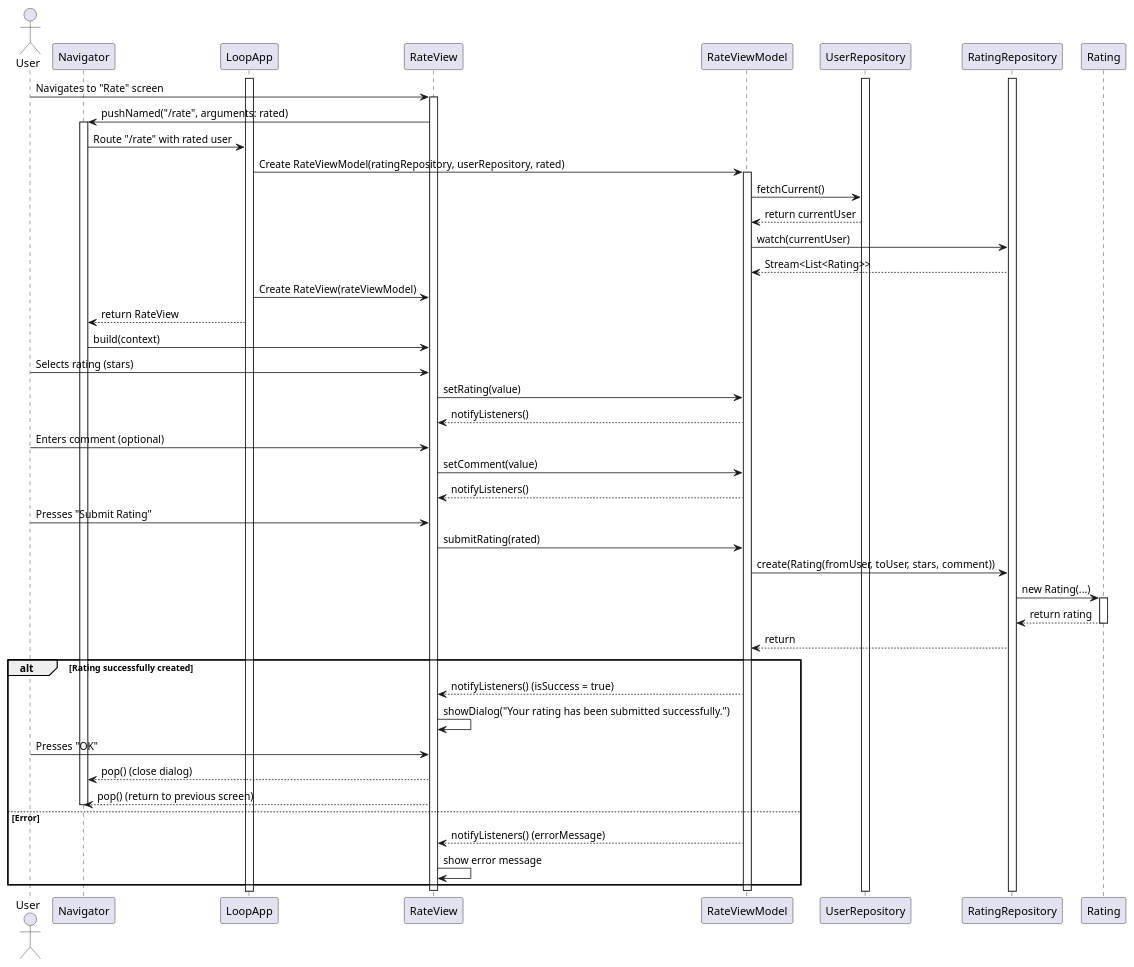
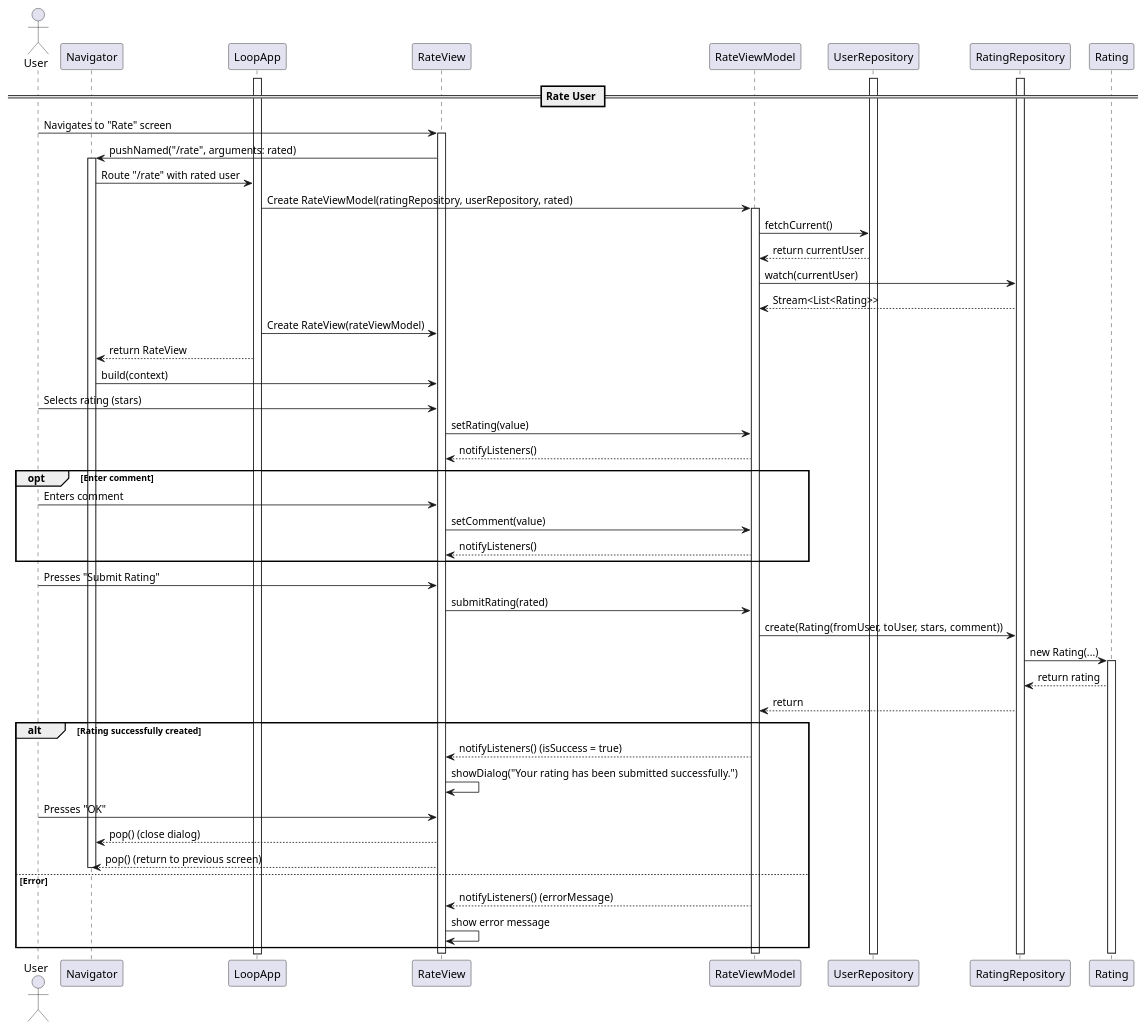
Before and after one commit to YannisRavasopoulos/ProjectSD_S6: the diagram in reports/sequence/rate-user.plantuml, drawn with PlantUML.

```diff
--- a/reports/sequence/rate-user.plantuml
+++ b/reports/sequence/rate-user.plantuml
@@ -1,79 +1,80 @@
 @startuml
 
 actor User
 
 participant Navigator
 participant LoopApp
 participant RateView
 participant RateViewModel
 participant UserRepository
 participant RatingRepository
 
+== Rate User ==
 
 activate LoopApp
 activate UserRepository
 activate RatingRepository
 User -> RateView: Navigates to "Rate" screen
 activate RateView
 
 
 RateView -> Navigator: pushNamed("/rate", arguments: rated)
 activate Navigator
 Navigator -> LoopApp: Route "/rate" with rated user
 
 LoopApp -> RateViewModel: Create RateViewModel(ratingRepository, userRepository, rated)
 activate RateViewModel
 RateViewModel -> UserRepository: fetchCurrent()
 
 UserRepository --> RateViewModel: return currentUser
 
 RateViewModel -> RatingRepository: watch(currentUser)
 
 RatingRepository --> RateViewModel: Stream<List<Rating>>
 
 LoopApp -> RateView: Create RateView(rateViewModel)
 
 LoopApp --> Navigator: return RateView
 
 Navigator -> RateView: build(context)
 
 
 User -> RateView: Selects rating (stars)
 
 RateView -> RateViewModel: setRating(value)
 
 RateViewModel --> RateView: notifyListeners()
 
 
-User -> RateView: Enters comment (optional)
+opt Enter comment
+User -> RateView: Enters comment
 RateView -> RateViewModel: setComment(value)
-
 RateViewModel --> RateView: notifyListeners()
-
+end
 
 User -> RateView: Presses "Submit Rating"
 RateView -> RateViewModel: submitRating(rated)
 RateViewModel -> RatingRepository: create(Rating(fromUser, toUser, stars, comment))
 
 RatingRepository -> Rating: new Rating(...)
 activate Rating
 Rating --> RatingRepository: return rating
-deactivate Rating
 RatingRepository --> RateViewModel: return
 
 
 alt Rating successfully created
     RateViewModel --> RateView: notifyListeners() (isSuccess = true)
     RateView -> RateView: showDialog("Your rating has been submitted successfully.")
     User -> RateView: Presses "OK"
     RateView --> Navigator: pop() (close dialog)
     RateView --> Navigator: pop() (return to previous screen)
     deactivate Navigator
 else Error
     RateViewModel --> RateView: notifyListeners() (errorMessage)
     RateView -> RateView: show error message
 end
+deactivate Rating
 deactivate RateViewModel
 deactivate RateView
 
 @enduml
```
